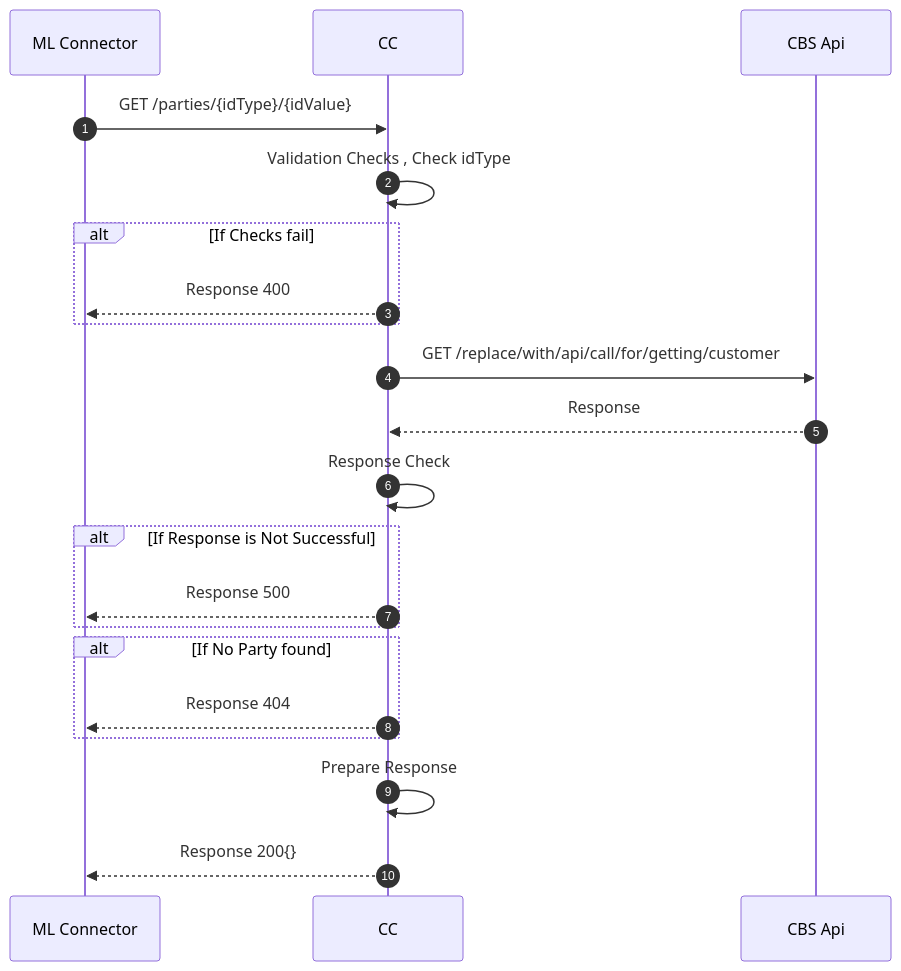
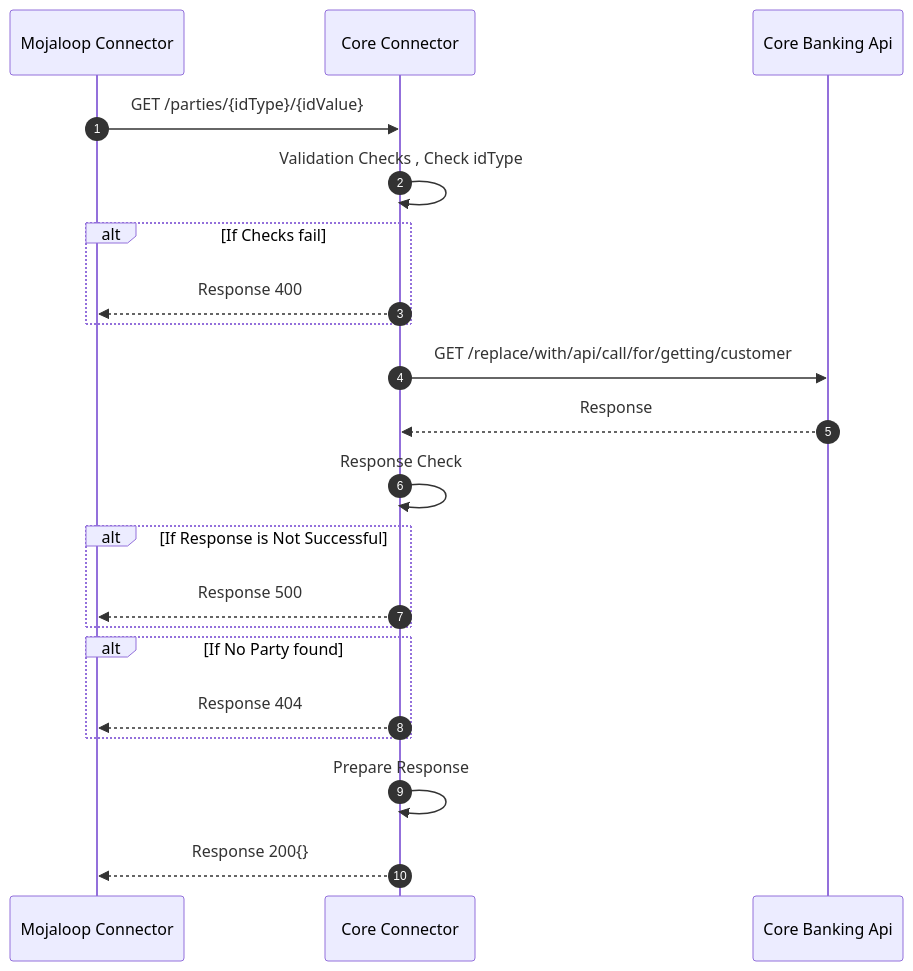
The diagram in national-bank-mw-core-connector/docs/payee-get-parties.md (mojaloop/ml-reference-connectors), drawn with Mermaid before and after one commit. The commit also changed other lines of this file and 5 other files, not shown here.

````diff
--- a/national-bank-mw-core-connector/docs/payee-get-parties.md
+++ b/national-bank-mw-core-connector/docs/payee-get-parties.md
@@ -3,20 +13,20 @@
 ```mermaid
 sequenceDiagram
   autonumber
-  ML Connector->>CC: GET /parties/{idType}/{idValue}
-  CC->>CC:Validation Checks , Check idType
+  Mojaloop Connector->>Core Connector: GET /parties/{idType}/{idValue}
+  Core Connector->>Core Connector:Validation Checks , Check idType
   Alt If Checks fail
-  CC-->>ML Connector: Response 400
+  Core Connector-->> Mojaloop Connector: Response 400
   End
-  CC->>CBS Api:GET /replace/with/api/call/for/getting/customer 
-  CBS Api-->>CC: Response
-  CC->>CC:Response Check
+  Core Connector->>Core Banking Api:GET /replace/with/api/call/for/getting/customer 
+  Core Banking Api-->>Core Connector: Response
+  Core Connector->>Core Connector:Response Check
   Alt If Response is Not Successful
-  CC-->>ML Connector: Response 500
+  Core Connector-->> Mojaloop Connector: Response 500
   End
   Alt If No Party found
-  CC-->>ML Connector: Response 404
+  Core Connector-->> Mojaloop Connector: Response 404
   End
-  CC->>CC: Prepare Response
-  CC-->>ML Connector: Response 200{}
+  Core Connector->>Core Connector: Prepare Response
+  Core Connector-->> Mojaloop Connector: Response 200{}
 ```
````
